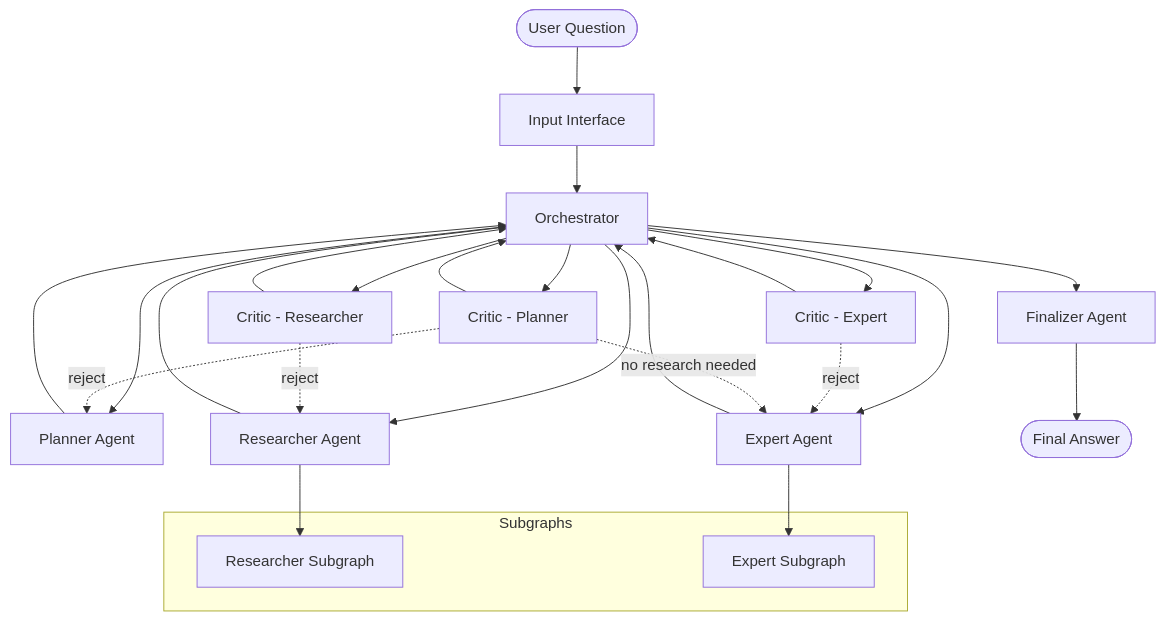
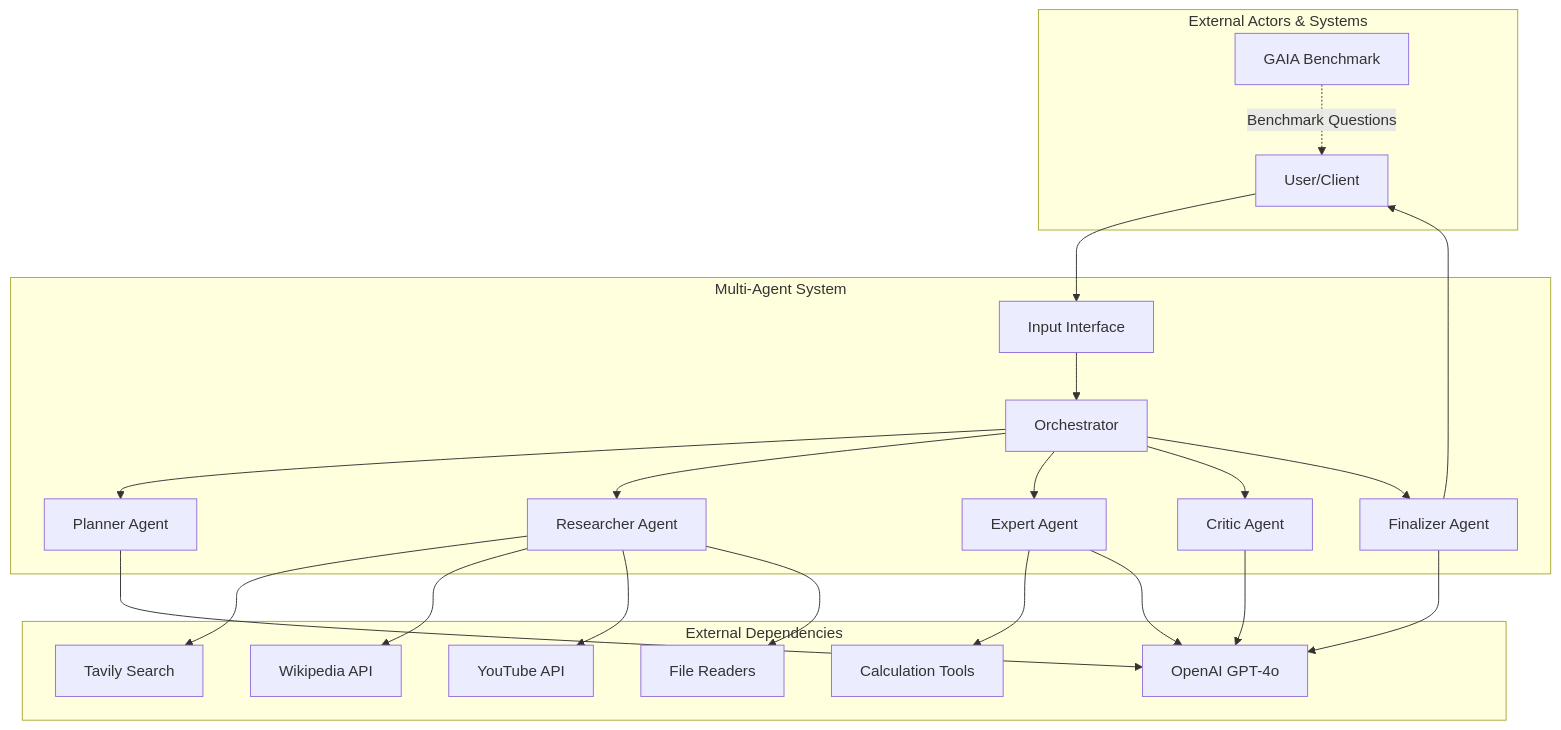
One commit to jdsham/hf-ai-agents-course changed the first of 10 diagrams in docs/src2/ARCHITECTURE.md. Above: the diagram before and after it, drawn with Mermaid. The commit also changed other lines of this file and 1 other file, not shown here.

Commit message:
Updated source code requirements and architecture documentation.

````diff
--- a/docs/src2/ARCHITECTURE.md
+++ b/docs/src2/ARCHITECTURE.md
@@ -14,42 +147,47 @@
 ```mermaid
-graph TD
-    Start([User Question]) --> Input[Input Interface]
-    Input --> Orchestrator[Orchestrator]
-    
-    Orchestrator --> Planner[Planner Agent]
-    Planner --> Orchestrator
-    
-    Orchestrator --> CriticP[Critic - Planner]
-    CriticP --> Orchestrator
-    
-    Orchestrator --> Researcher[Researcher Agent]
-    Researcher --> Orchestrator
-    
-    Orchestrator --> CriticR[Critic - Researcher]
-    CriticR --> Orchestrator
-    
-    Orchestrator --> Expert[Expert Agent]
-    Expert --> Orchestrator
-    
-    Orchestrator --> CriticE[Critic - Expert]
-    CriticE --> Orchestrator
-    
-    Orchestrator --> Finalizer[Finalizer Agent]
-    Finalizer --> End([Final Answer])
-    
-    %% Reject paths
-    CriticP -.->|reject| Planner
-    CriticR -.->|reject| Researcher
-    CriticE -.->|reject| Expert
-    
-    %% Optional research bypass
-    CriticP -.->|no research needed| Expert
-    
-    subgraph "Subgraphs"
-        ResearcherSub[Researcher Subgraph]
-        ExpertSub[Expert Subgraph]
+graph TB
+    subgraph "External Actors & Systems"
+        User[User/Client]
+        GAIA[GAIA Benchmark]
     end
     
-    Researcher --> ResearcherSub
-    Expert --> ExpertSub
+    subgraph "Multi-Agent System"
+        Input[Input Interface]
+        Orchestrator[Orchestrator]
+        Planner[Planner Agent]
+        Researcher[Researcher Agent]
+        Expert[Expert Agent]
+        Critic[Critic Agent]
+        Finalizer[Finalizer Agent]
+    end
+    
+    subgraph "External Dependencies"
+        LLM[OpenAI GPT-4o]
+        Search[Tavily Search]
+        Wiki[Wikipedia API]
+        YouTube[YouTube API]
+        Files[File Readers]
+        Tools[Calculation Tools]
+    end
+    
+    User --> Input
+    Input --> Orchestrator
+    Orchestrator --> Planner
+    Orchestrator --> Researcher
+    Orchestrator --> Expert
+    Orchestrator --> Critic
+    Orchestrator --> Finalizer
+    Finalizer --> User
+    
+    Planner --> LLM
+    Researcher --> Search
+    Researcher --> Wiki
+    Researcher --> YouTube
+    Researcher --> Files
+    Expert --> Tools
+    Expert --> LLM
+    Critic --> LLM
+    Finalizer --> LLM
+    
+    GAIA -.->|Benchmark Questions| User
 ```
````
